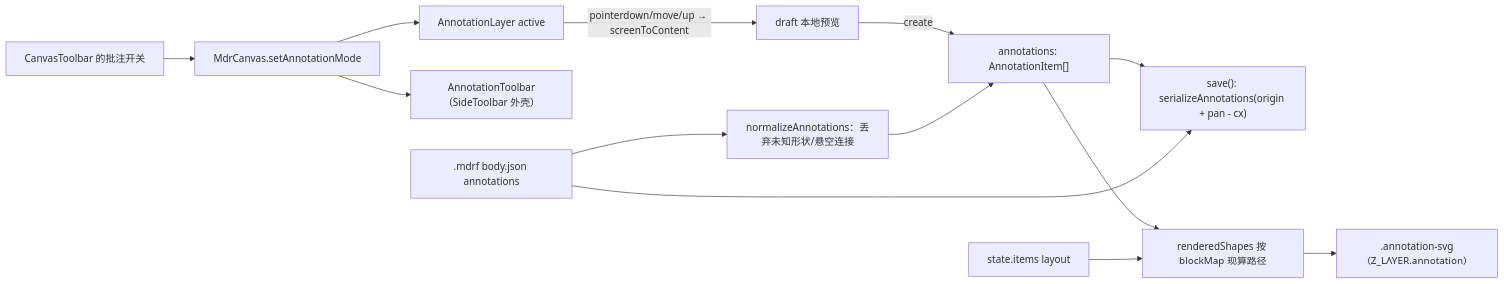
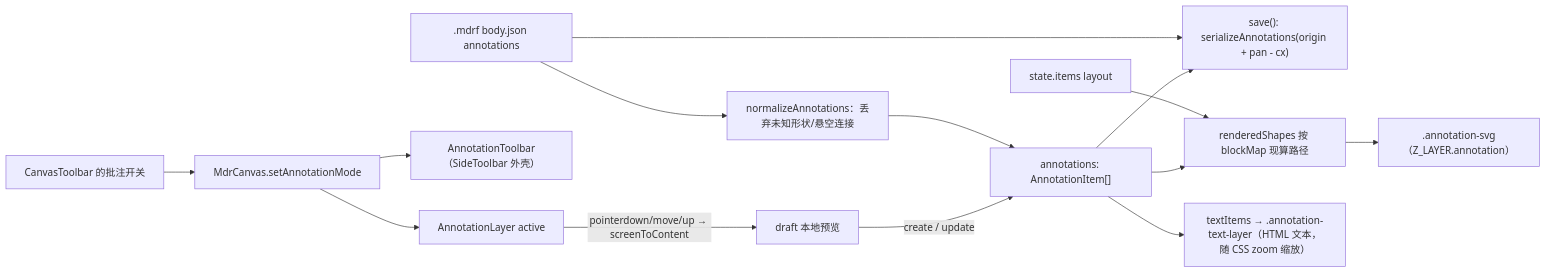
Before and after one commit to LogicAurora/Mindrizzle: the first of 3 diagrams in src/docs/flow/12-annotation.md, drawn with Mermaid. The commit also changed other lines of this file and 6 other files, not shown here.

````diff
--- a/src/docs/flow/12-annotation.md
+++ b/src/docs/flow/12-annotation.md
@@ -13,15 +14,16 @@
 ```mermaid
 flowchart LR
   T["CanvasToolbar 的批注开关"] --> M["MdrCanvas.setAnnotationMode"]
   M --> L["AnnotationLayer active"]
   M --> AT["AnnotationToolbar（SideToolbar 外壳）"]
   L -->|"pointerdown/move/up → screenToContent"| D["draft 本地预览"]
-  D -->|"create"| A["annotations: AnnotationItem[]"]
+  D -->|"create / update"| A["annotations: AnnotationItem[]"]
   A --> S["save(): serializeAnnotations(origin + pan - cx)"]
   A --> R["renderedShapes 按 blockMap 现算路径"]
+  A --> X["textItems → .annotation-text-layer（HTML 文本，随 CSS zoom 缩放）"]
   B["state.items layout"] --> R
   R --> SVG[".annotation-svg（Z_LAYER.annotation）"]
   F[".mdrf body.json annotations"] --> S
   F --> N["normalizeAnnotations：丢弃未知形状/悬空连接"]
   N --> A
 ```
````
